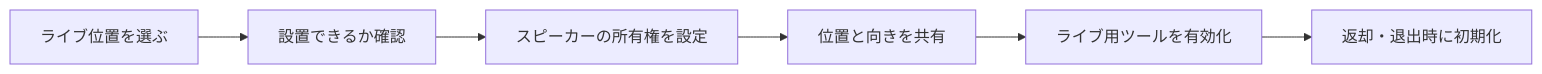
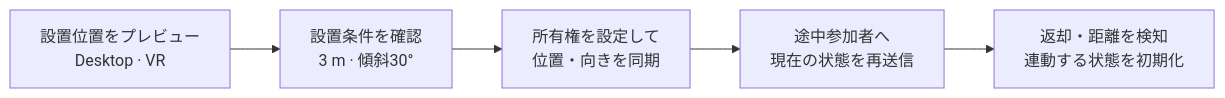
One commit to hjcud/Shinjuku-Live-Street changed the first of 2 diagrams in README.ja.md. Above: the diagram before and after it, drawn with Mermaid. The commit also changed other lines of this file and 9 other files, not shown here.

````diff
--- a/README.ja.md
+++ b/README.ja.md
@@ -60,8 +70,7 @@
-```mermaid
+~~~mermaid
 flowchart LR
-    A[ライブ位置を選ぶ] --> B[設置できるか確認]
-    B --> C[スピーカーの所有権を設定]
-    C --> D[位置と向きを共有]
-    D --> E[ライブ用ツールを有効化]
-    E --> F[返却・退出時に初期化]
-```
+    A["設置位置をプレビュー<br/>Desktop · VR"] --> B["設置条件を確認<br/>3 m · 傾斜30°"]
+    B --> C["所有権を設定して<br/>位置・向きを同期"]
+    C --> D["途中参加者へ<br/>現在の状態を再送信"]
+    D --> E["返却・距離を検知<br/>連動する状態を初期化"]
+~~~
````
